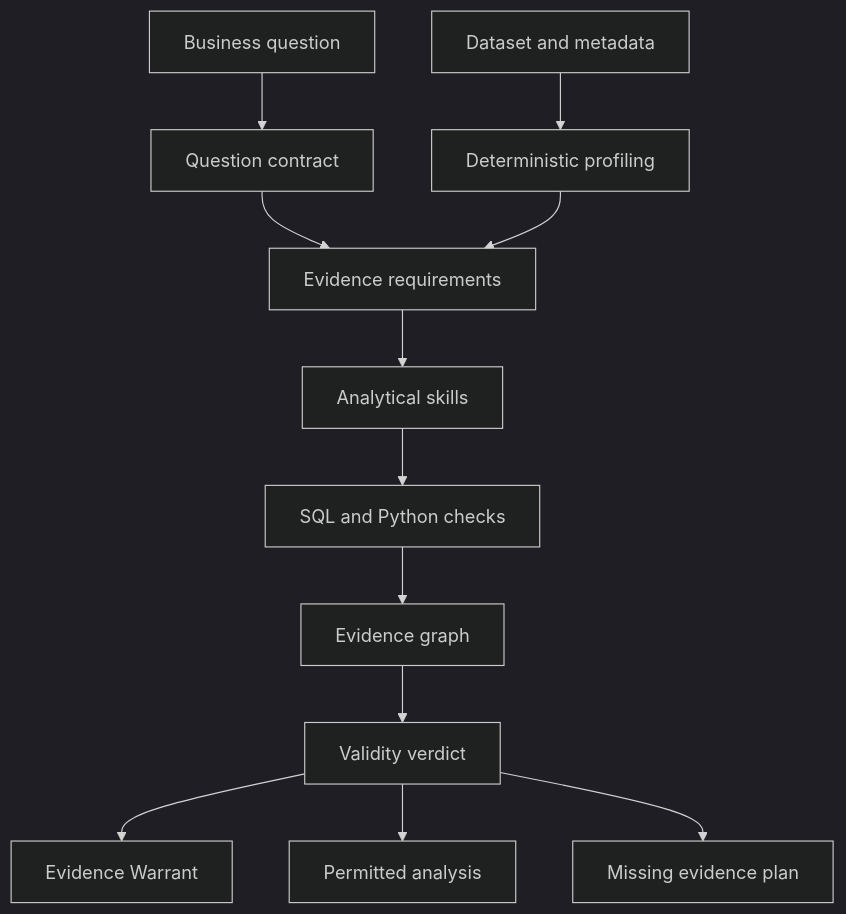
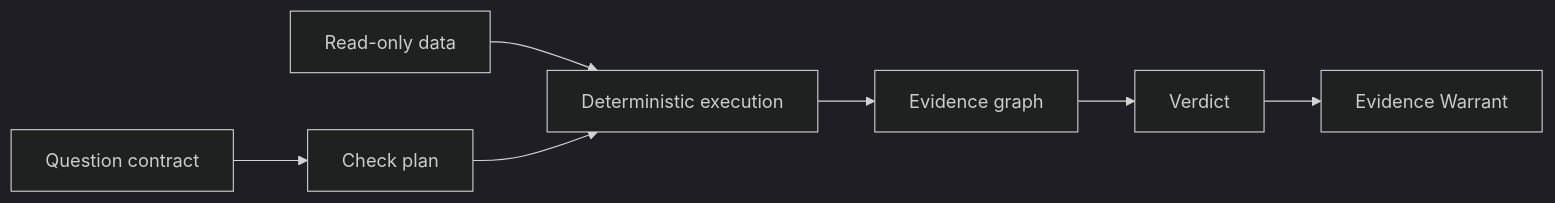
Before and after one commit to Jairogelpi/answerable_data: the diagram in README.md, drawn with Mermaid (dark theme). The commit also changed other lines of this file and 7 other files, not shown here.

````diff
--- a/README.md
+++ b/README.md
@@ -94,14 +112,9 @@
 ```mermaid
-flowchart TD
-    Q["Business question"] --> F["Question contract"]
-    D["Dataset and metadata"] --> P["Deterministic profiling"]
-    F --> R["Evidence requirements"]
-    P --> R
-    R --> S["Analytical skills"]
-    S --> X["SQL and Python checks"]
-    X --> G["Evidence graph"]
-    G --> V["Validity verdict"]
-    V --> W["Evidence Warrant"]
-    V --> A["Permitted analysis"]
-    V --> M["Missing evidence plan"]
+flowchart LR
+  Q["Question contract"] --> P["Check plan"]
+  D["Read-only data"] --> X["Deterministic execution"]
+  P --> X
+  X --> G["Evidence graph"]
+  G --> V["Verdict"]
+  V --> W["Evidence Warrant"]
 ```
````
